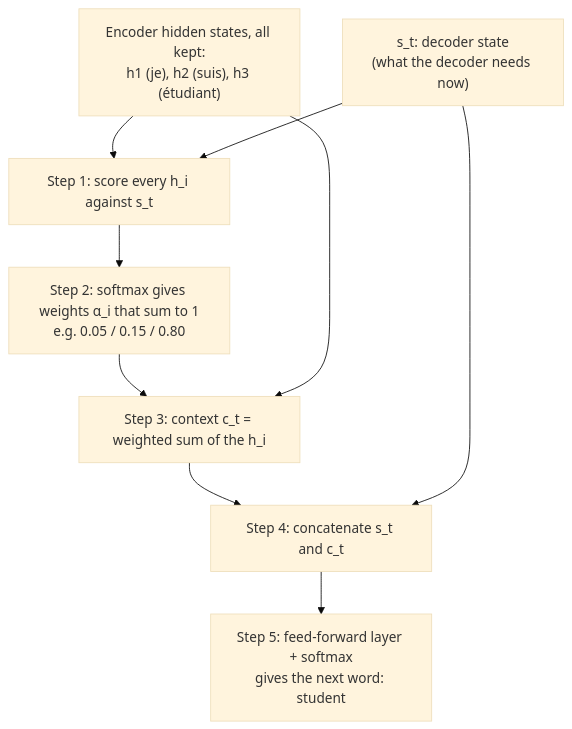
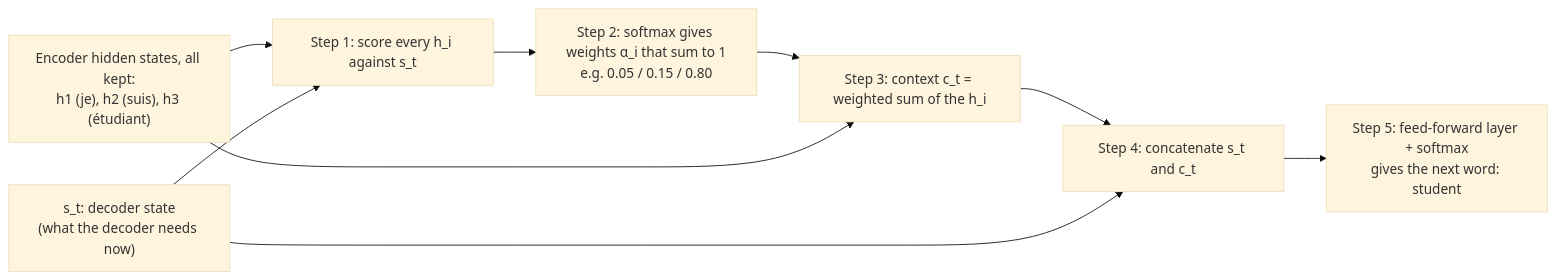
Before and after one commit to sztistvan/llm-explained-handouts: the sixth of 6 diagrams in docs/01-history.md, drawn with Mermaid (base theme). The commit also changed other lines of this file and 10 other files, not shown here.

````diff
--- a/docs/01-history.md
+++ b/docs/01-history.md
@@ -122,13 +122,13 @@
 ```mermaid
-flowchart TB
+flowchart LR
     H["Encoder hidden states, all kept:<br/>h1 (je), h2 (suis), h3 (étudiant)"]
     S["s_t: decoder state<br/>(what the decoder needs now)"]
     H --> score["Step 1: score every h_i against s_t"]
     S --> score
     score --> soft["Step 2: softmax gives weights α_i that sum to 1<br/>e.g. 0.05 / 0.15 / 0.80"]
     soft --> ctx["Step 3: context c_t = weighted sum of the h_i"]
     H --> ctx
     ctx --> cat["Step 4: concatenate s_t and c_t"]
     S --> cat
     cat --> out["Step 5: feed-forward layer + softmax<br/>gives the next word: student"]
 ```
````
